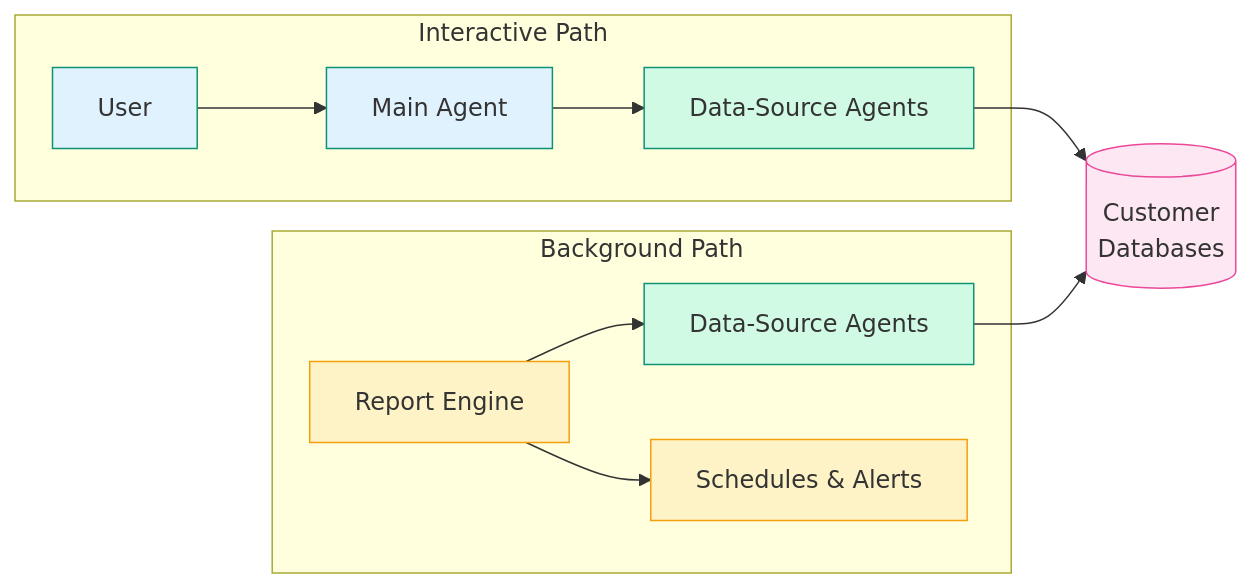
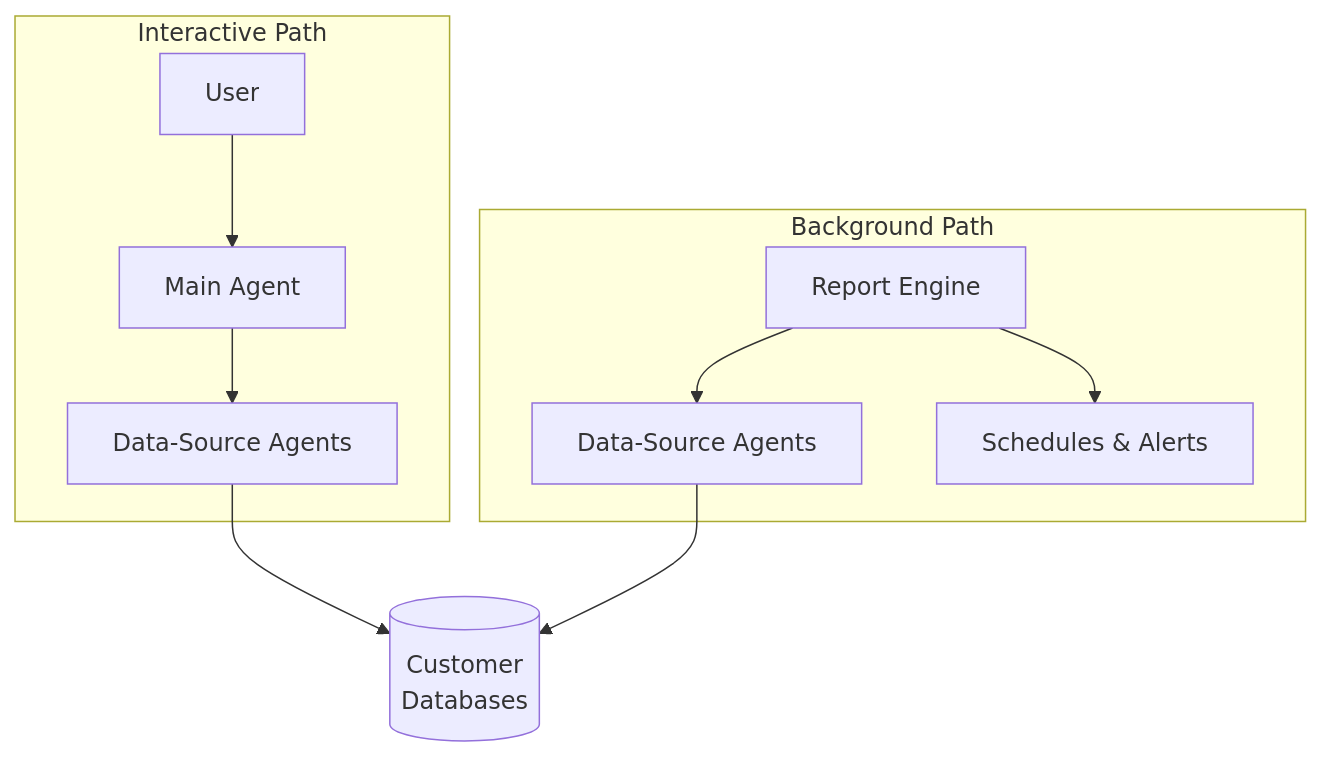
One commit to ashishsuperatom/tech-docs changed the second of 3 diagrams in architecture/agent-model.mdx. Above: the diagram before and after it, drawn with Mermaid. The commit also changed other lines of this file and 37 other files, not shown here.

First line of the commit message:
Clean up docs: remove em-dashes, fix mermaid diagrams, remove emojis

````diff
--- a/architecture/agent-model.mdx
+++ b/architecture/agent-model.mdx
@@ -151,23 +141,16 @@
 ```mermaid
-flowchart LR
+flowchart TD
     subgraph Interactive Path
         USER["User"] --> MA["Main Agent"]
         MA --> DSA["Data-Source Agents"]
     end
 
     subgraph Background Path
         RE["Report Engine"] --> DSA2["Data-Source Agents"]
         RE --> SCHED["Schedules & Alerts"]
     end
 
     DSA --> DB[("Customer<br/>Databases")]
     DSA2 --> DB
 
-    style USER fill:#e0f2fe,stroke:#0D9373
-    style MA fill:#e0f2fe,stroke:#0D9373
-    style DSA fill:#d1fae5,stroke:#0D9373
-    style RE fill:#fef3c7,stroke:#f59e0b
-    style DSA2 fill:#d1fae5,stroke:#0D9373
-    style SCHED fill:#fef3c7,stroke:#f59e0b
-    style DB fill:#fce7f3,stroke:#ec4899
 ```
````
